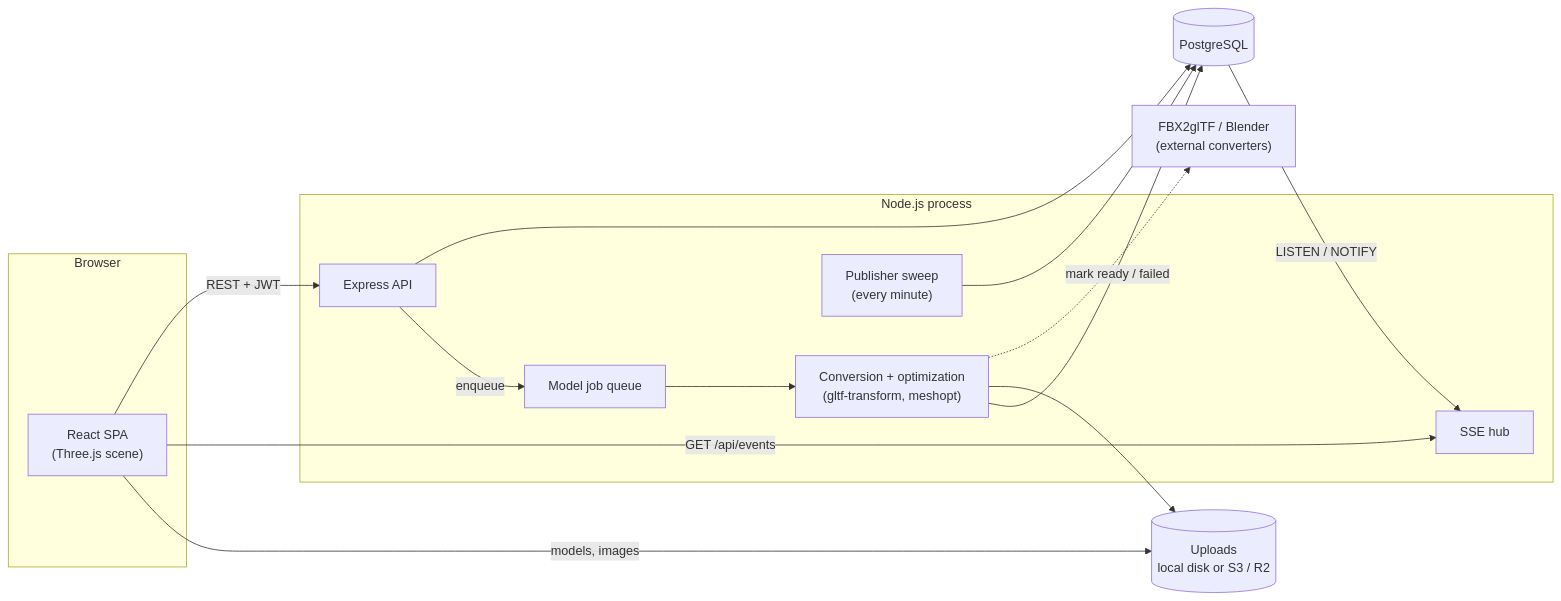
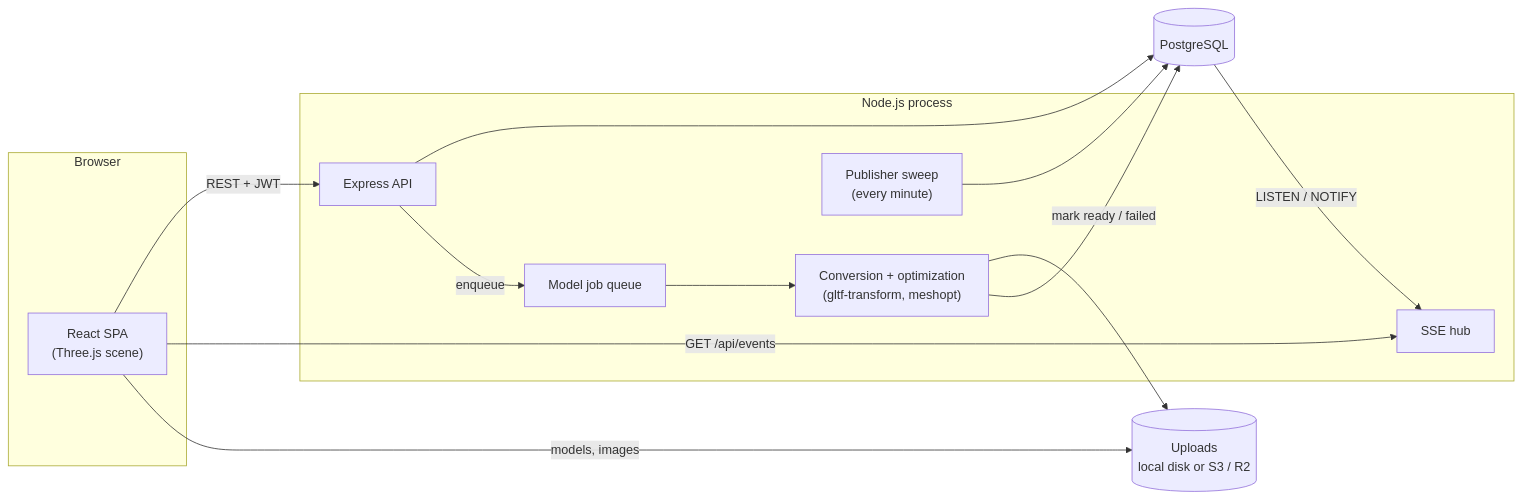
The first of 2 diagrams in docs/ARCHITECTURE.md (acorovic1/PortfolioDDD), drawn with Mermaid before and after one commit. The commit also changed other lines of this file and 2 other files, not shown here.

````diff
--- a/docs/ARCHITECTURE.md
+++ b/docs/ARCHITECTURE.md
@@ -7,29 +7,27 @@
 ```mermaid
 flowchart LR
   subgraph Browser
     SPA["React SPA<br/>(Three.js scene)"]
   end
 
   subgraph Server["Node.js process"]
     API["Express API"]
     Queue["Model job queue"]
     Pipeline["Conversion + optimization<br/>(gltf-transform, meshopt)"]
     SSE["SSE hub"]
     Sweep["Publisher sweep<br/>(every minute)"]
   end
 
   DB[("PostgreSQL")]
   Store[("Uploads<br/>local disk or S3 / R2")]
-  Blender["FBX2glTF / Blender<br/>(external converters)"]
 
   SPA -- "REST + JWT" --> API
   SPA -- "GET /api/events" --> SSE
   SPA -- "models, images" --> Store
   API --> DB
   API -- "enqueue" --> Queue --> Pipeline
-  Pipeline -.-> Blender
   Pipeline --> Store
   Pipeline -- "mark ready / failed" --> DB
   Sweep --> DB
   DB -- "LISTEN / NOTIFY" --> SSE
 ```
````
